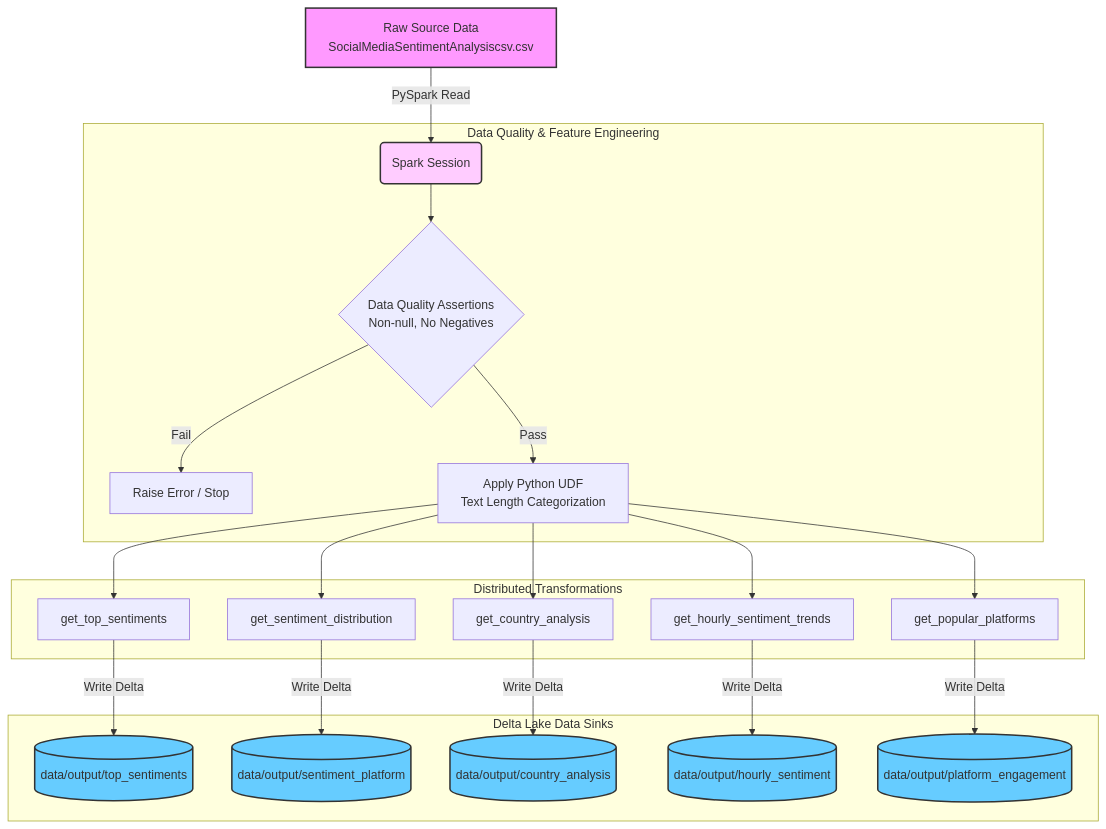
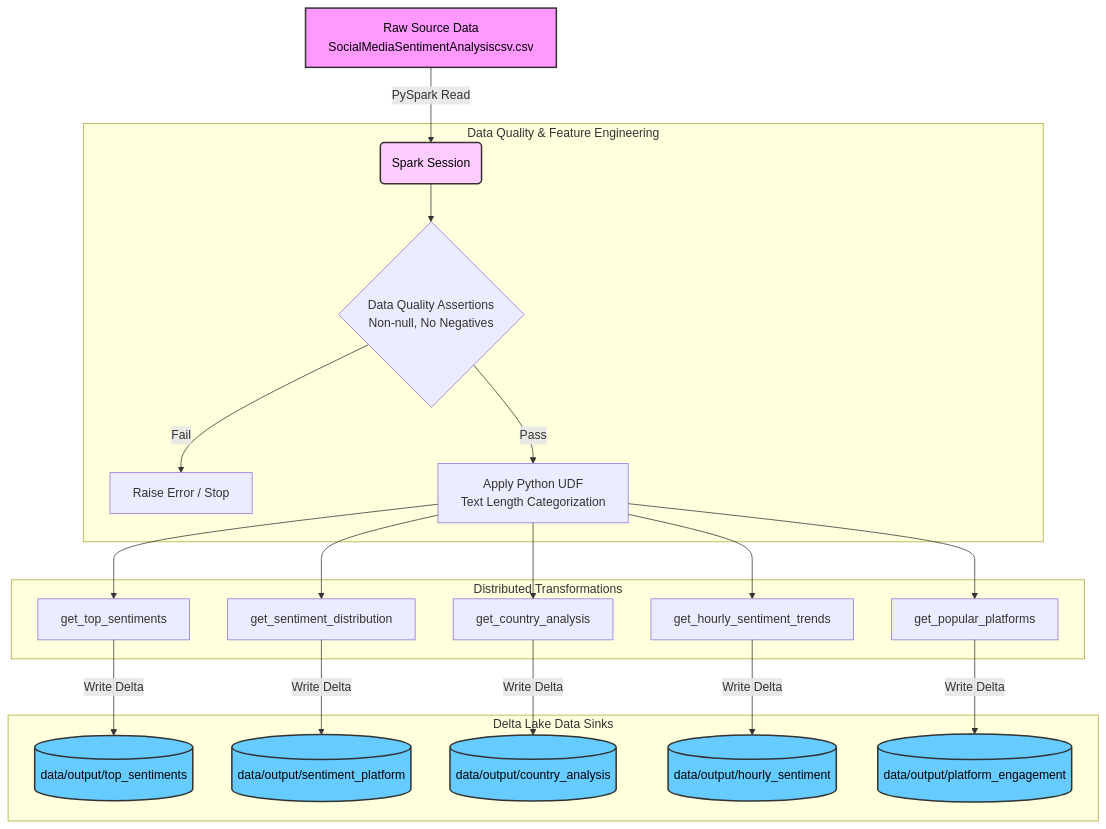
One commit to Amruth011/Social_Media_Sentiment_Analysis changed the diagram in README.md. Above: the diagram before and after it, drawn with Mermaid.

Commit message:
fix(docs): improve contrast in mermaid dark mode

````diff
--- a/README.md
+++ b/README.md
@@ -7,34 +7,34 @@
 ```mermaid
 graph TD
     A[Raw Source Data\nSocialMediaSentimentAnalysiscsv.csv] -->|PySpark Read| B(Spark Session)
     
     subgraph Data Quality & Feature Engineering
         B --> C{Data Quality Assertions\nNon-null, No Negatives}
         C -- Fail --> D[Raise Error / Stop]
         C -- Pass --> E[Apply Python UDF\nText Length Categorization]
     end
     
     subgraph Distributed Transformations
         E --> F[get_top_sentiments]
         E --> G[get_sentiment_distribution]
         E --> H[get_country_analysis]
         E --> I[get_hourly_sentiment_trends]
         E --> J[get_popular_platforms]
     end
     
     subgraph Delta Lake Data Sinks
         F -->|Write Delta| K[(data/output/top_sentiments)]
         G -->|Write Delta| L[(data/output/sentiment_platform)]
         H -->|Write Delta| M[(data/output/country_analysis)]
         I -->|Write Delta| N[(data/output/hourly_sentiment)]
         J -->|Write Delta| O[(data/output/platform_engagement)]
     end
     
-    style A fill:#f9f,stroke:#333,stroke-width:2px
-    style B fill:#fcf,stroke:#333,stroke-width:2px
-    style K fill:#6cf,stroke:#333,stroke-width:2px
-    style L fill:#6cf,stroke:#333,stroke-width:2px
-    style M fill:#6cf,stroke:#333,stroke-width:2px
-    style N fill:#6cf,stroke:#333,stroke-width:2px
-    style O fill:#6cf,stroke:#333,stroke-width:2px
+    style A fill:#f9f,stroke:#333,stroke-width:2px,color:#000
+    style B fill:#fcf,stroke:#333,stroke-width:2px,color:#000
+    style K fill:#6cf,stroke:#333,stroke-width:2px,color:#000
+    style L fill:#6cf,stroke:#333,stroke-width:2px,color:#000
+    style M fill:#6cf,stroke:#333,stroke-width:2px,color:#000
+    style N fill:#6cf,stroke:#333,stroke-width:2px,color:#000
+    style O fill:#6cf,stroke:#333,stroke-width:2px,color:#000
 ```
````
